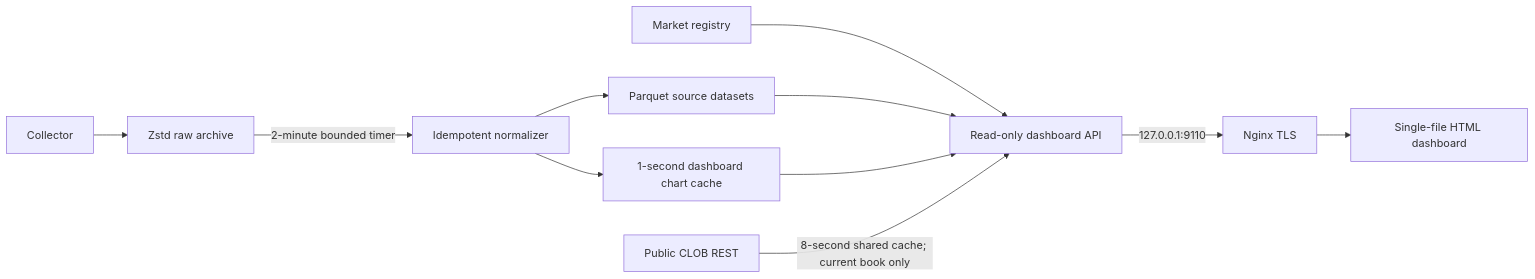
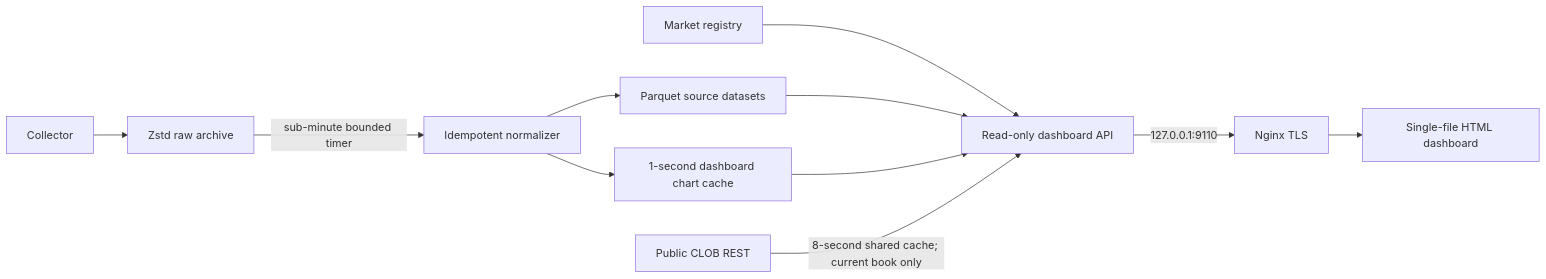
One commit to mrzeynalli/polymarket_btc_15min_backtester changed the diagram in docs/DASHBOARD.md. Above: the diagram before and after it, drawn with Mermaid. The commit also changed other lines of this file and 12 other files, not shown here.

Commit message:
Fix completed market chart finalization

````diff
--- a/docs/DASHBOARD.md
+++ b/docs/DASHBOARD.md
@@ -23,13 +23,13 @@
 ```mermaid
 flowchart LR
   C[Collector] --> R[Zstd raw archive]
-  R -->|2-minute bounded timer| N[Idempotent normalizer]
+  R -->|sub-minute bounded timer| N[Idempotent normalizer]
   N --> P[Parquet source datasets]
   N --> I[1-second dashboard chart cache]
   G[Market registry] --> A[Read-only dashboard API]
   P --> A
   I --> A
   L[Public CLOB REST] -->|8-second shared cache; current book only| A
   A -->|127.0.0.1:9110| X[Nginx TLS]
   X --> B[Single-file HTML dashboard]
 ```
````
